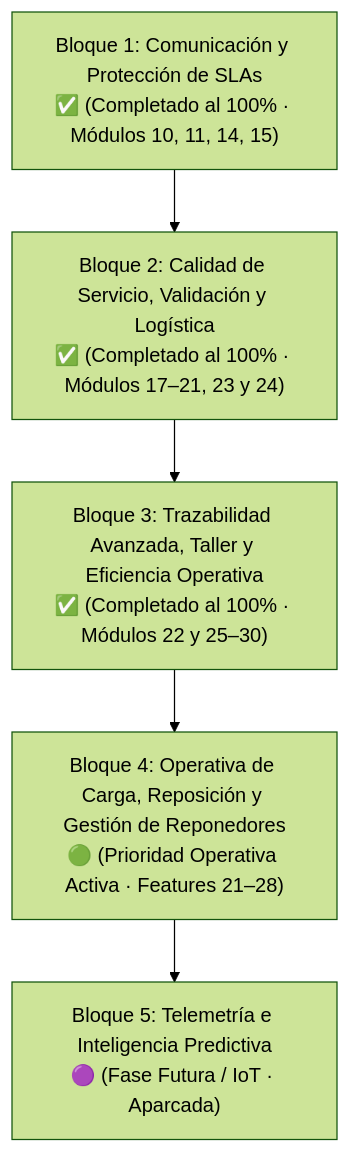
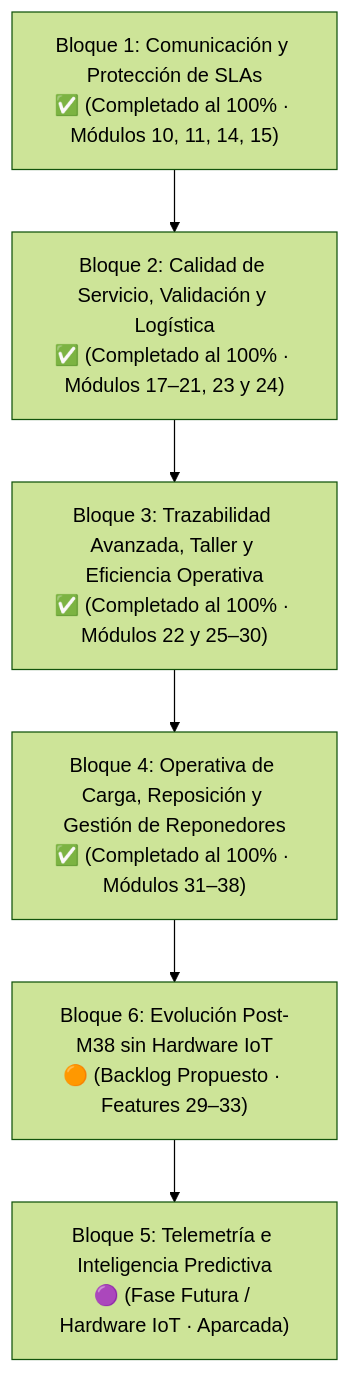
Before and after one commit to Rugsoft/VendGuard: the diagram in docs/features_pendientes.md, drawn with Mermaid (forest theme). The commit also changed other lines of this file and 5 other files, not shown here.

````diff
--- a/docs/features_pendientes.md
+++ b/docs/features_pendientes.md
@@ -40,7 +40,8 @@
 ```mermaid
 flowchart TD
     B1["Bloque 1: Comunicación y Protección de SLAs<br>✅ (Completado al 100% · Módulos 10, 11, 14, 15)"] --> B2["Bloque 2: Calidad de Servicio, Validación y Logística<br>✅ (Completado al 100% · Módulos 17–21, 23 y 24)"]
     B2 --> B3["Bloque 3: Trazabilidad Avanzada, Taller y Eficiencia Operativa<br>✅ (Completado al 100% · Módulos 22 y 25–30)"]
-    B3 --> B4["Bloque 4: Operativa de Carga, Reposición y Gestión de Reponedores<br>🟢 (Prioridad Operativa Activa · Features 21–28)"]
-    B4 --> B5["Bloque 5: Telemetría e Inteligencia Predictiva<br>🟣 (Fase Futura / IoT · Aparcada)"]
+    B3 --> B4["Bloque 4: Operativa de Carga, Reposición y Gestión de Reponedores<br>✅ (Completado al 100% · Módulos 31–38)"]
+    B4 --> B6["Bloque 6: Evolución Post-M38 sin Hardware IoT<br>🟠 (Backlog Propuesto · Features 29–33)"]
+    B6 --> B5["Bloque 5: Telemetría e Inteligencia Predictiva<br>🟣 (Fase Futura / Hardware IoT · Aparcada)"]
 ```
````
